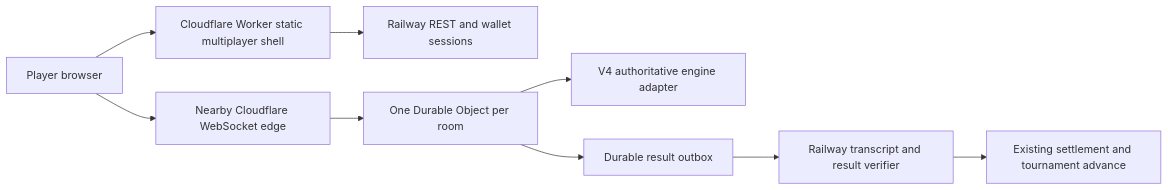
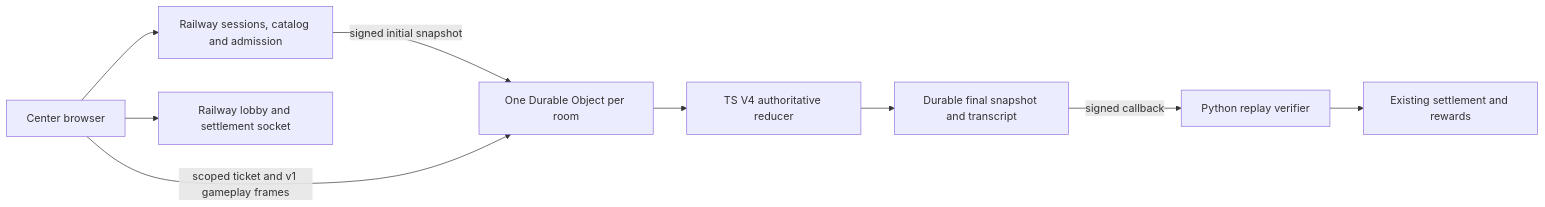
Before and after one commit to justask3211/Orbix-Protocol-: the diagram in docs/specs/cloudflare-multiplayer-architecture.md, drawn with Mermaid. The commit also changed other lines of this file and 250 other files, not shown here.

Commit message:
feat: deploy Cloudflare V4 multiplayer and verified settlement bridge

````diff
--- a/docs/specs/cloudflare-multiplayer-architecture.md
+++ b/docs/specs/cloudflare-multiplayer-architecture.md
@@ -24,11 +10,11 @@
 ```mermaid
 flowchart LR
-    Browser[Player browser] --> Shell[Cloudflare Worker static multiplayer shell]
-    Shell --> REST[Railway REST and wallet sessions]
-    Browser --> Edge[Nearby Cloudflare WebSocket edge]
-    Edge --> Room[One Durable Object per room]
-    Room --> Engine[V4 authoritative engine adapter]
-    Room --> Outbox[Durable result outbox]
-    Outbox --> Verify[Railway transcript and result verifier]
-    Verify --> Rewards[Existing settlement and tournament advance]
+    Browser[Center browser] --> API[Railway sessions, catalog and admission]
+    Browser --> Control[Railway lobby and settlement socket]
+    API -->|signed initial snapshot| Room[One Durable Object per room]
+    Browser -->|scoped ticket and v1 gameplay frames| Room
+    Room --> Sim[TS V4 authoritative reducer]
+    Sim --> Outbox[Durable final snapshot and transcript]
+    Outbox -->|signed callback| Replay[Python replay verifier]
+    Replay --> Rewards[Existing settlement and rewards]
 ```
````
